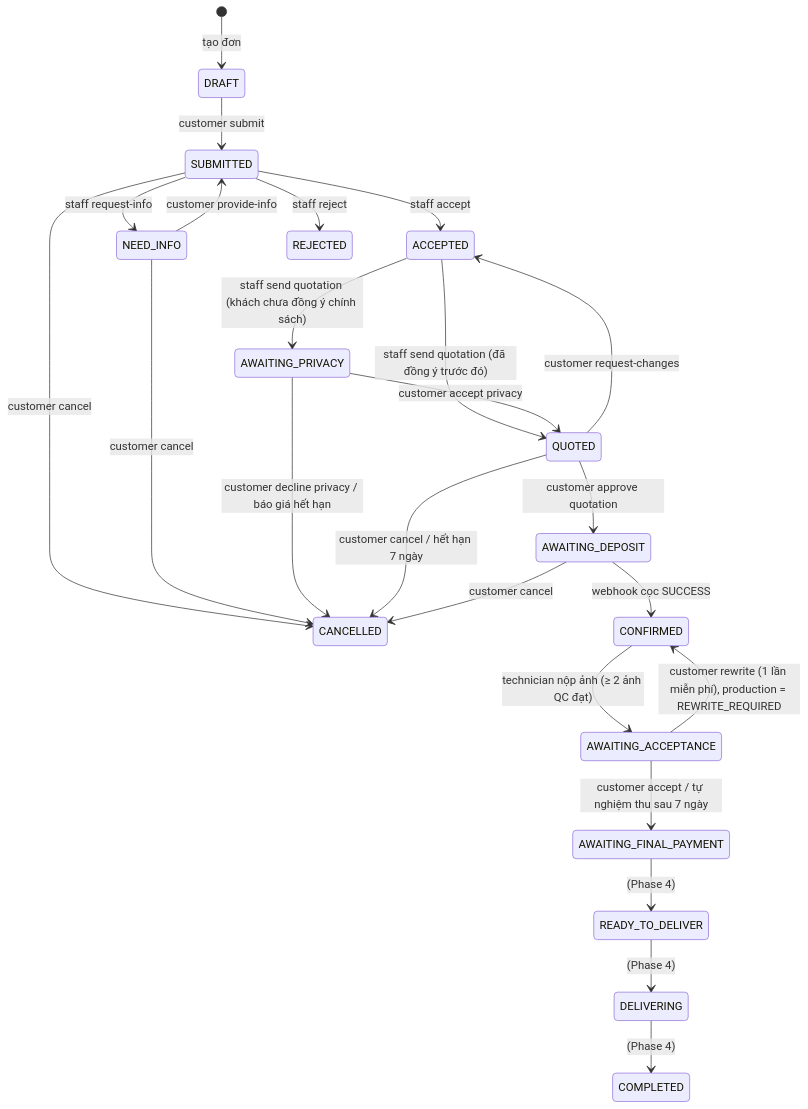
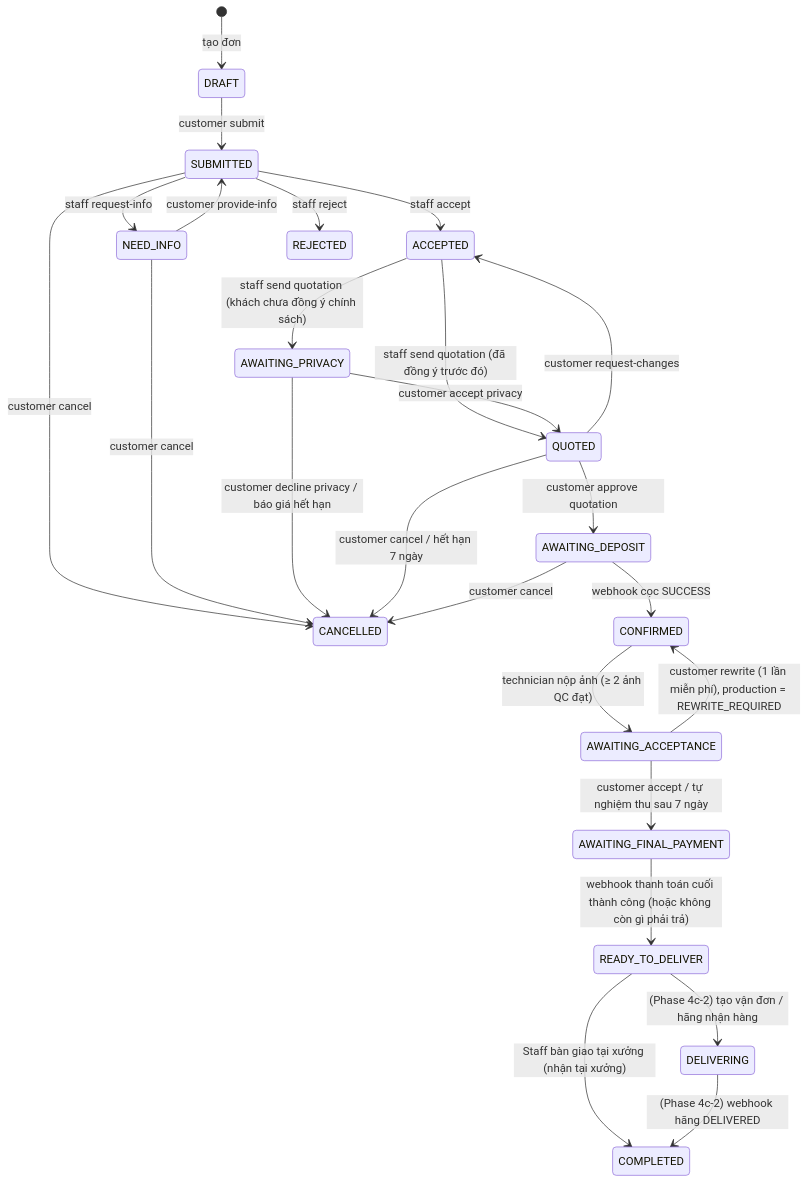
The diagram in BE/docs/FE_API_GUIDE.md (Khoa-213/AI-VHRS), drawn with Mermaid before and after one commit. The commit also changed other lines of this file and 14 other files, not shown here.

First line of the commit message:
feat: phase 4c-1 final payment and pickup (delivery choice, FINAL+SHIPPING in one gateway transaction, workshop hand-over)

````diff
--- a/BE/docs/FE_API_GUIDE.md
+++ b/BE/docs/FE_API_GUIDE.md
@@ -93,26 +93,27 @@
 ```mermaid
 stateDiagram-v2
   [*] --> DRAFT: tạo đơn
   DRAFT --> SUBMITTED: customer submit
   SUBMITTED --> ACCEPTED: staff accept
   SUBMITTED --> NEED_INFO: staff request-info
   SUBMITTED --> REJECTED: staff reject
   NEED_INFO --> SUBMITTED: customer provide-info
   SUBMITTED --> CANCELLED: customer cancel
   NEED_INFO --> CANCELLED: customer cancel
   ACCEPTED --> AWAITING_PRIVACY: staff send quotation (khách chưa đồng ý chính sách)
   ACCEPTED --> QUOTED: staff send quotation (đã đồng ý trước đó)
   AWAITING_PRIVACY --> QUOTED: customer accept privacy
   AWAITING_PRIVACY --> CANCELLED: customer decline privacy / báo giá hết hạn
   QUOTED --> ACCEPTED: customer request-changes
   QUOTED --> AWAITING_DEPOSIT: customer approve quotation
   QUOTED --> CANCELLED: customer cancel / hết hạn 7 ngày
   AWAITING_DEPOSIT --> CONFIRMED: webhook cọc SUCCESS
   AWAITING_DEPOSIT --> CANCELLED: customer cancel
   CONFIRMED --> AWAITING_ACCEPTANCE: technician nộp ảnh (≥ 2 ảnh QC đạt)
   AWAITING_ACCEPTANCE --> AWAITING_FINAL_PAYMENT: customer accept / tự nghiệm thu sau 7 ngày
   AWAITING_ACCEPTANCE --> CONFIRMED: customer rewrite (1 lần miễn phí), production = REWRITE_REQUIRED
-  AWAITING_FINAL_PAYMENT --> READY_TO_DELIVER: (Phase 4)
-  READY_TO_DELIVER --> DELIVERING: (Phase 4)
-  DELIVERING --> COMPLETED: (Phase 4)
+  AWAITING_FINAL_PAYMENT --> READY_TO_DELIVER: webhook thanh toán cuối thành công (hoặc không còn gì phải trả)
+  READY_TO_DELIVER --> COMPLETED: Staff bàn giao tại xưởng (nhận tại xưởng)
+  READY_TO_DELIVER --> DELIVERING: (Phase 4c-2) tạo vận đơn / hãng nhận hàng
+  DELIVERING --> COMPLETED: (Phase 4c-2) webhook hãng DELIVERED
 ```
````
